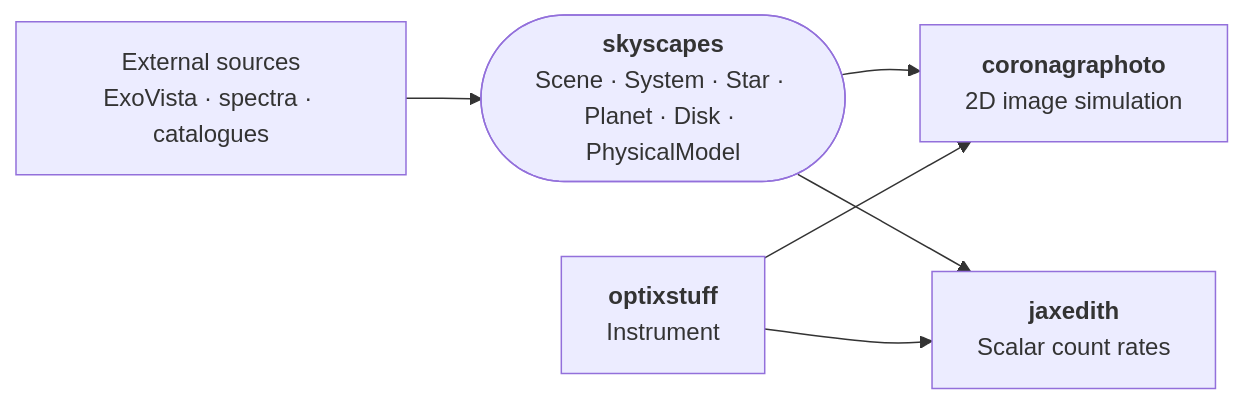
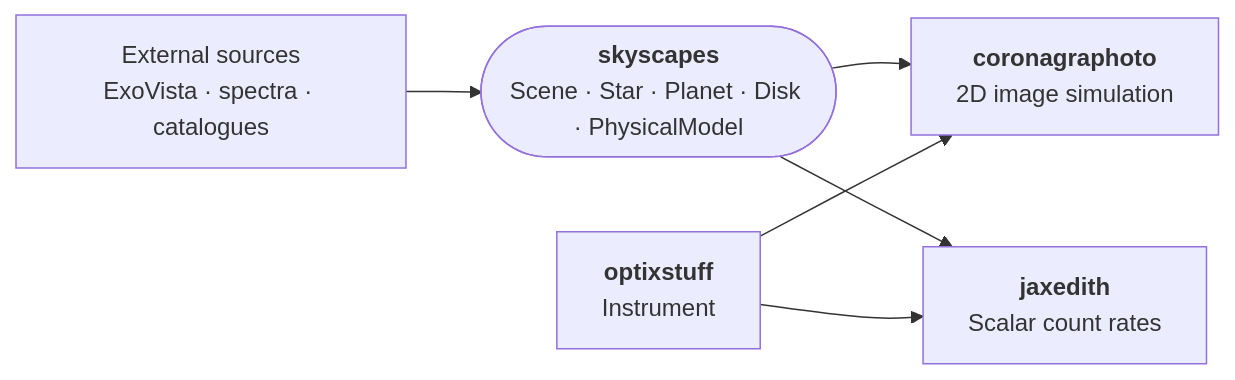
Before and after one commit to CoreySpohn/skyscapes: the diagram in README.md, drawn with Mermaid. The commit also changed other lines of this file and 35 other files, not shown here.

Commit message:
feat(scene)!: merge System into Scene, which now holds the local zodi; add AYOExozodiDisk

````diff
--- a/README.md
+++ b/README.md
@@ -64,14 +64,14 @@
 ```mermaid
 flowchart LR
     src["External sources<br/>ExoVista · spectra · catalogues"]
-    sky(["<b>skyscapes</b><br/>Scene · System · Star · Planet · Disk · PhysicalModel"])
+    sky(["<b>skyscapes</b><br/>Scene · Star · Planet · Disk · PhysicalModel"])
     opt["<b>optixstuff</b><br/>Instrument"]
     cor["<b>coronagraphoto</b><br/>2D image simulation"]
     jet["<b>jaxedith</b><br/>Scalar count rates"]
 
     src --> sky
     sky --> cor
     sky --> jet
     opt --> cor
     opt --> jet
 ```
````
